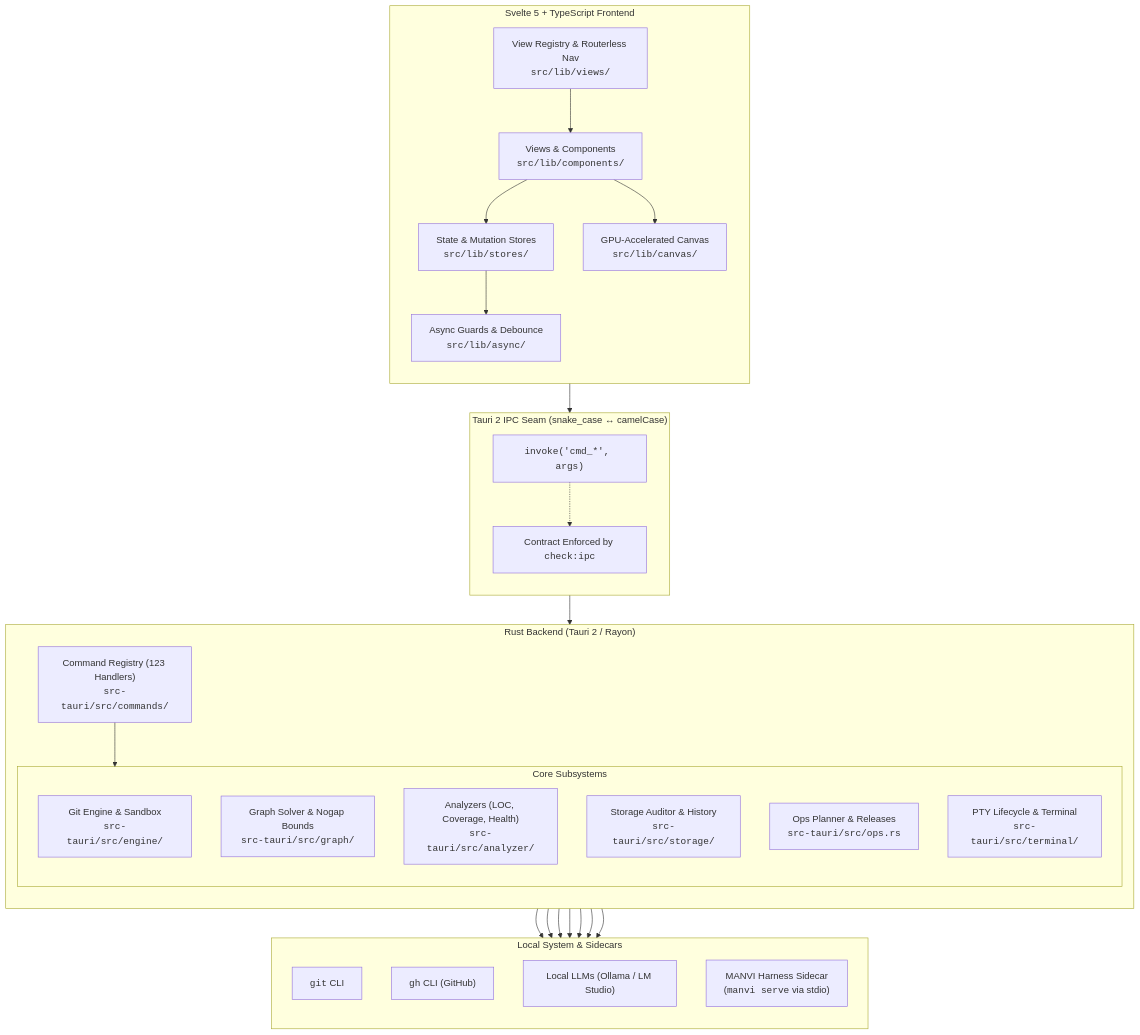
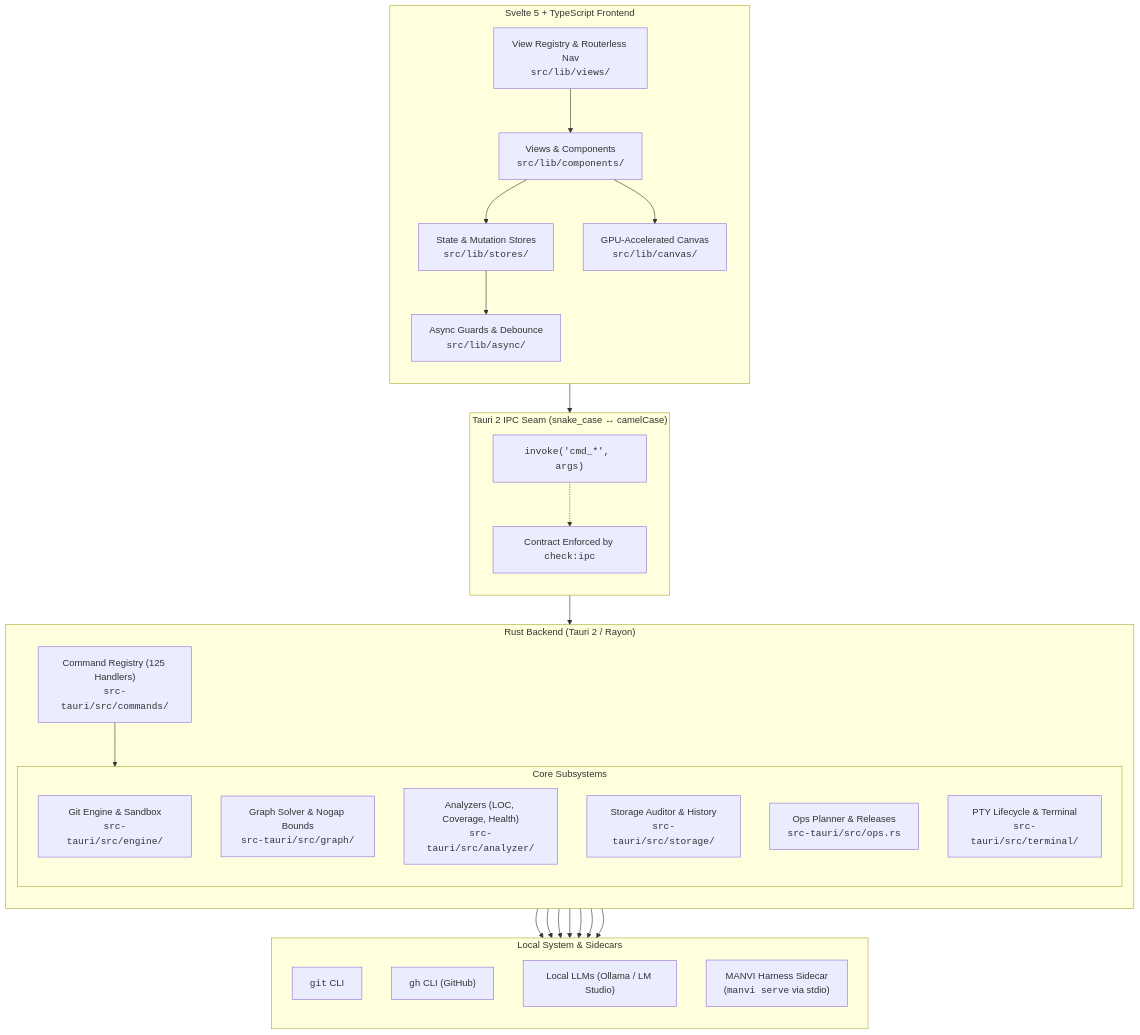
One commit to bharathvbcr/GitPulse changed the first of 4 diagrams in docs/ARCHITECTURE.md. Above: the diagram before and after it, drawn with Mermaid. The commit also changed other lines of this file and 21 other files, not shown here.

````diff
--- a/docs/ARCHITECTURE.md
+++ b/docs/ARCHITECTURE.md
@@ -5,57 +5,57 @@
 ```mermaid
 flowchart TB
     subgraph Frontend["Svelte 5 + TypeScript Frontend"]
         direction TB
         UI["Views & Components<br/><code>src/lib/components/</code>"]
         Stores["State & Mutation Stores<br/><code>src/lib/stores/</code>"]
         Registry["View Registry & Routerless Nav<br/><code>src/lib/views/</code>"]
         Canvas["GPU-Accelerated Canvas<br/><code>src/lib/canvas/</code>"]
         Async["Async Guards & Debounce<br/><code>src/lib/async/</code>"]
         
         UI --> Stores
         UI --> Canvas
         Stores --> Async
         Registry --> UI
     end
 
     subgraph IPC["Tauri 2 IPC Seam (snake_case ↔ camelCase)"]
         direction TB
         Invoke["<code>invoke('cmd_*', args)</code>"]
         ContractCheck["Contract Enforced by <code>check:ipc</code>"]
         Invoke -.-> ContractCheck
     end
 
     subgraph Backend["Rust Backend (Tauri 2 / Rayon)"]
         direction TB
-        CmdRegistry["Command Registry (123 Handlers)<br/><code>src-tauri/src/commands/</code>"]
+        CmdRegistry["Command Registry (125 Handlers)<br/><code>src-tauri/src/commands/</code>"]
         
         subgraph Subsystems["Core Subsystems"]
             GitEngine["Git Engine & Sandbox<br/><code>src-tauri/src/engine/</code>"]
             GraphSolver["Graph Solver & Nogap Bounds<br/><code>src-tauri/src/graph/</code>"]
             Analyzers["Analyzers (LOC, Coverage, Health)<br/><code>src-tauri/src/analyzer/</code>"]
             StorageAuditor["Storage Auditor & History<br/><code>src-tauri/src/storage/</code>"]
             OpsPlanner["Ops Planner & Releases<br/><code>src-tauri/src/ops.rs</code>"]
             PtyTerminal["PTY Lifecycle & Terminal<br/><code>src-tauri/src/terminal/</code>"]
         end
         
         CmdRegistry --> Subsystems
     end
 
     subgraph External["Local System & Sidecars"]
         direction TB
         LocalGit["<code>git</code> CLI"]
         LocalGh["<code>gh</code> CLI (GitHub)"]
         LocalLLM["Local LLMs (Ollama / LM Studio)"]
         ManviSidecar["MANVI Harness Sidecar<br/>(<code>manvi serve</code> via stdio)"]
     end
 
     Async --> Invoke
     Invoke --> CmdRegistry
     GitEngine --> LocalGit
     Analyzers --> LocalGit
     Analyzers --> LocalGh
     Analyzers --> LocalLLM
     OpsPlanner --> LocalGh
     OpsPlanner --> ManviSidecar
     Subsystems --> ManviSidecar
 ```
````
